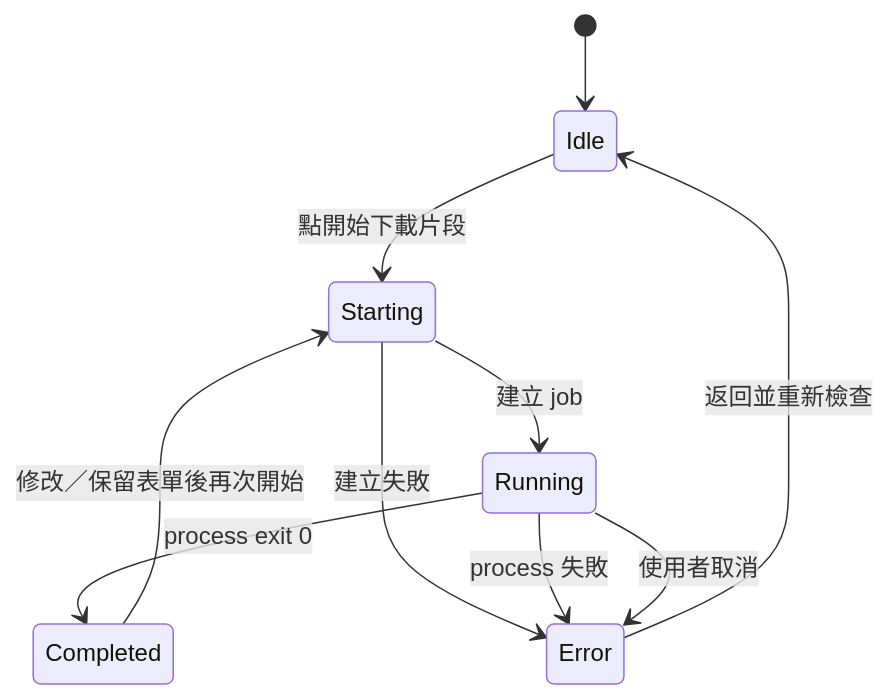
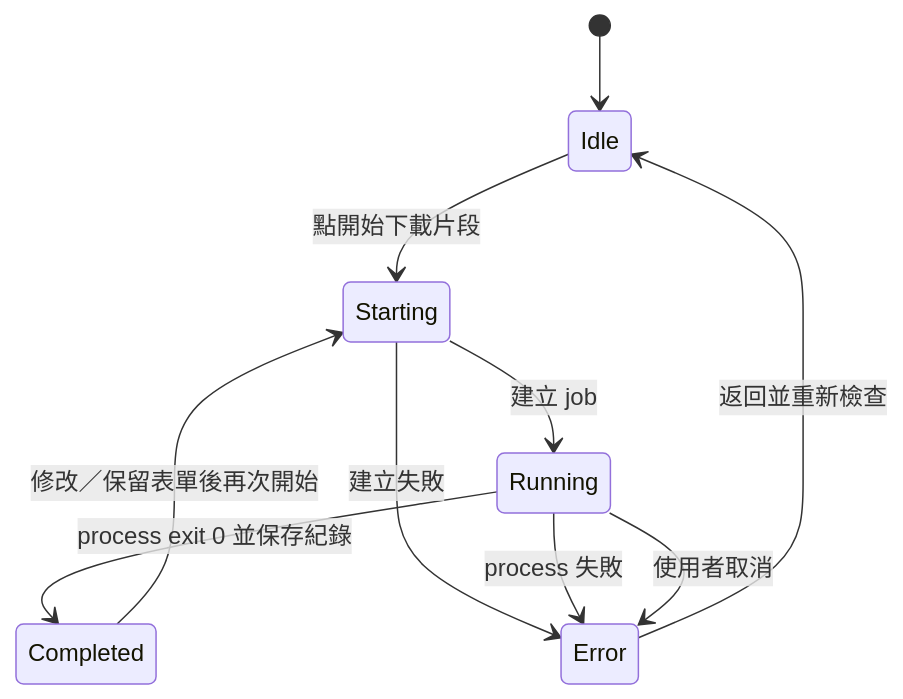
Before and after one commit to hydai/OshiClip: the third of 3 diagrams in UI-spec.md, drawn with Mermaid. The commit also changed other lines of this file and 17 other files, not shown here.

````diff
--- a/UI-spec.md
+++ b/UI-spec.md
@@ -575,12 +622,12 @@
 ```mermaid
 stateDiagram-v2
     [*] --> Idle
     Idle --> Starting: 點開始下載片段
     Starting --> Running: 建立 job
     Starting --> Error: 建立失敗
-    Running --> Completed: process exit 0
+    Running --> Completed: process exit 0 並保存紀錄
     Running --> Error: process 失敗
     Running --> Error: 使用者取消
     Completed --> Starting: 修改／保留表單後再次開始
     Error --> Idle: 返回並重新檢查
 ```
````
